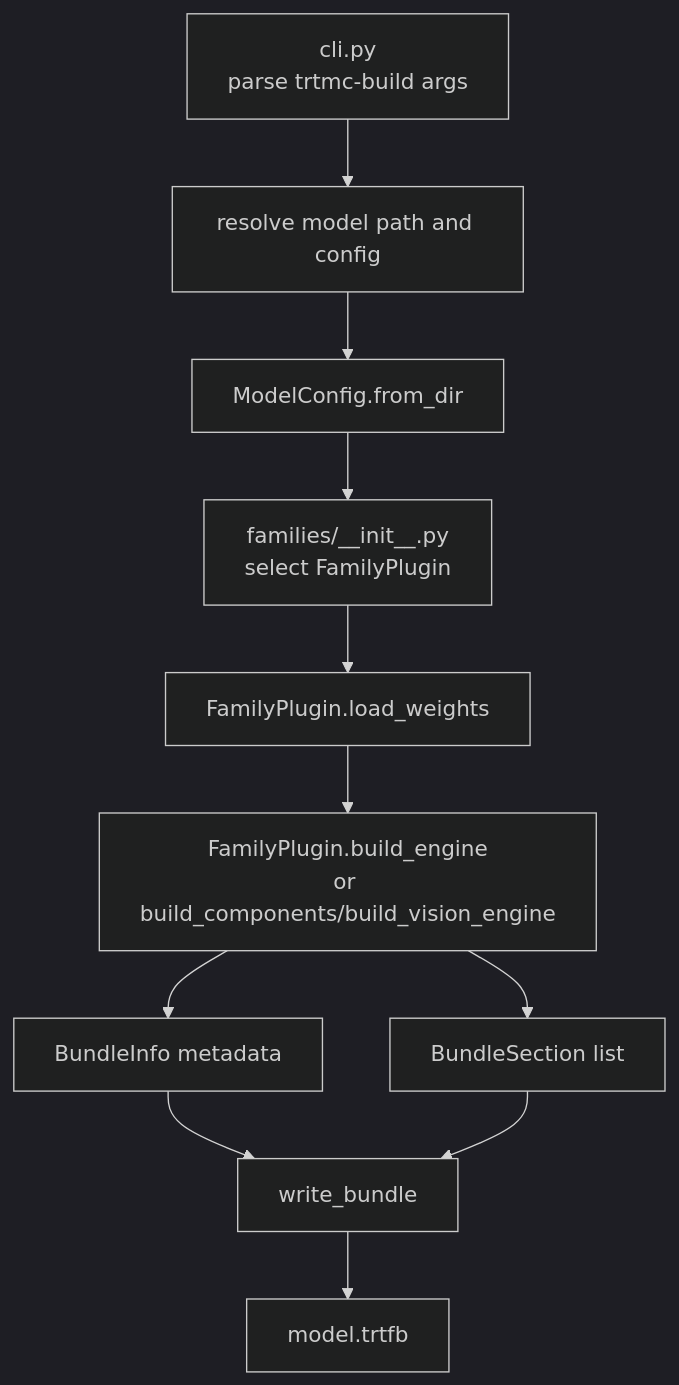
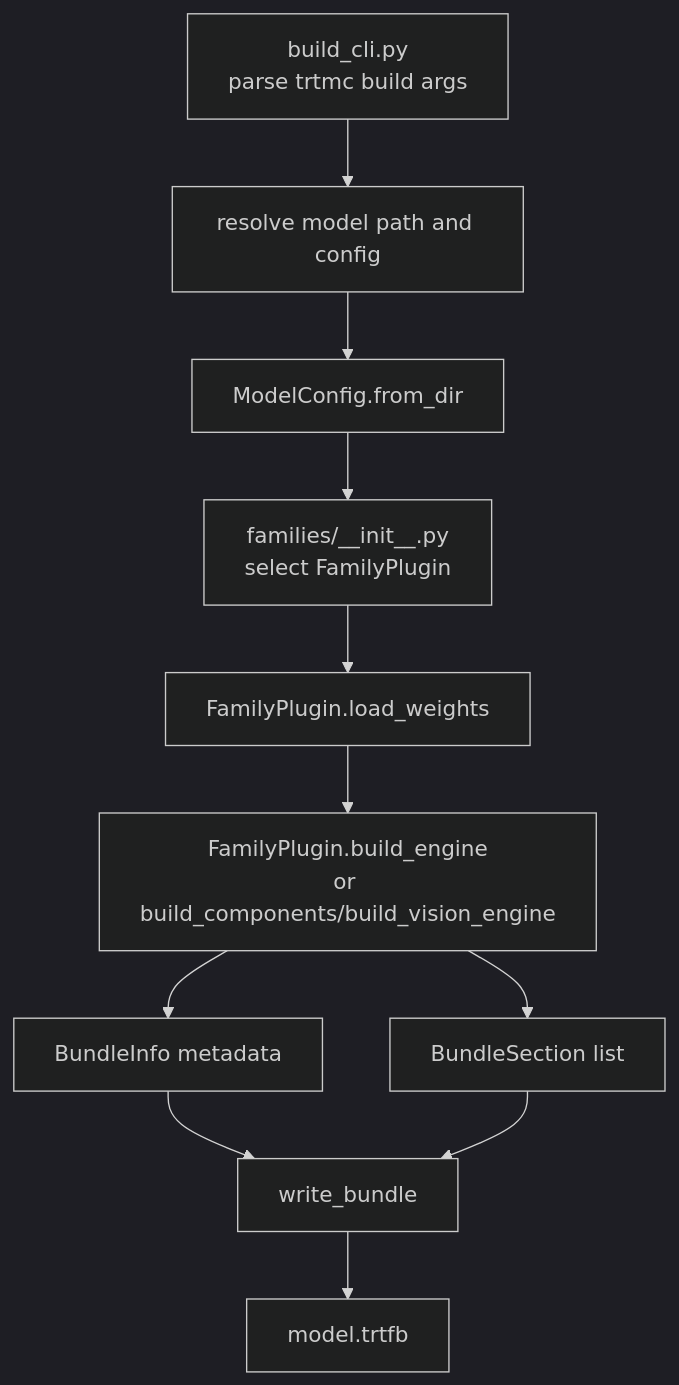
One commit to AbishekCoder1/TensorRT-Model-Connect changed the fourth of 6 diagrams in website/docs/architecture/overview.md. Above: the diagram before and after it, drawn with Mermaid (dark theme). The commit also changed other lines of this file and 200 other files, not shown here.

First line of the commit message:
feat(cli): package unified trtmc command (#97)

````diff
--- a/website/docs/architecture/overview.md
+++ b/website/docs/architecture/overview.md
@@ -146,13 +146,13 @@
 ```mermaid
 flowchart TD
-  CLI["cli.py<br/>parse trtmc-build args"] --> Resolve["resolve model path and config"]
+  CLI["build_cli.py<br/>parse trtmc build args"] --> Resolve["resolve model path and config"]
   Resolve --> ModelConfig["ModelConfig.from_dir"]
   ModelConfig --> Match["families/__init__.py<br/>select FamilyPlugin"]
   Match --> LoadWeights["FamilyPlugin.load_weights"]
   LoadWeights --> BuildEngine["FamilyPlugin.build_engine<br/>or build_components/build_vision_engine"]
   BuildEngine --> BundleInfo["BundleInfo metadata"]
   BuildEngine --> Sections["BundleSection list"]
   BundleInfo --> Write["write_bundle"]
   Sections --> Write
   Write --> Trtfb["model.trtfb"]
 ```
````
